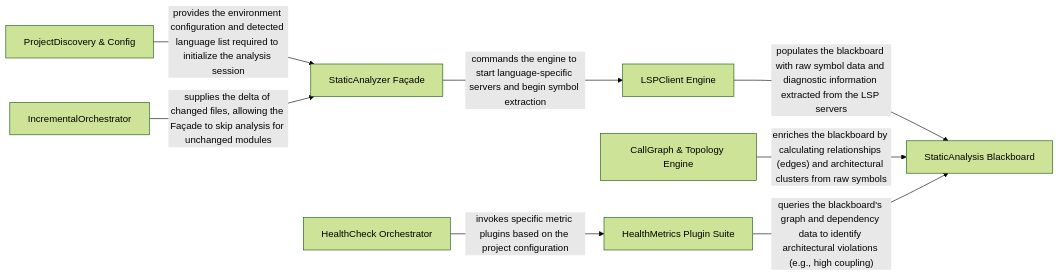
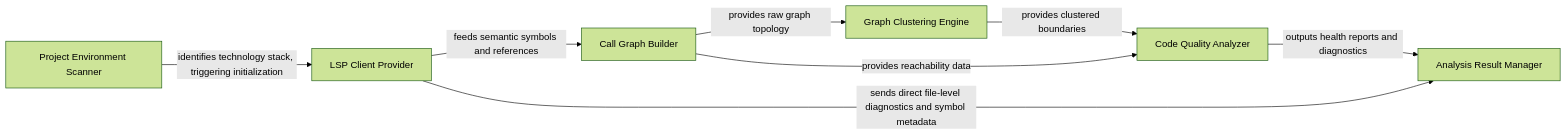
The diagram in .codeboarding/Static_Code_Analyzer.md (CodeBoarding/CodeBoarding), drawn with Mermaid (forest theme) before and after one commit. The commit also changed other lines of this file and 6 other files, not shown here.

````diff
--- a/.codeboarding/Static_Code_Analyzer.md
+++ b/.codeboarding/Static_Code_Analyzer.md
@@ -1,18 +1,16 @@
 ```mermaid
 graph LR
-    StaticAnalyzer_Façade["StaticAnalyzer Façade"]
-    LSPClient_Engine["LSPClient Engine"]
-    ProjectDiscovery_Config["ProjectDiscovery & Config"]
-    IncrementalOrchestrator["IncrementalOrchestrator"]
-    CallGraph_Topology_Engine["CallGraph & Topology Engine"]
-    StaticAnalysis_Blackboard["StaticAnalysis Blackboard"]
-    HealthCheck_Orchestrator["HealthCheck Orchestrator"]
-    HealthMetrics_Plugin_Suite["HealthMetrics Plugin Suite"]
-    ProjectDiscovery_Config -- "provides the environment configuration and detected language list required to initialize the analysis session" --> StaticAnalyzer_Façade
-    IncrementalOrchestrator -- "supplies the delta of changed files, allowing the Façade to skip analysis for unchanged modules" --> StaticAnalyzer_Façade
-    StaticAnalyzer_Façade -- "commands the engine to start language-specific servers and begin symbol extraction" --> LSPClient_Engine
-    LSPClient_Engine -- "populates the blackboard with raw symbol data and diagnostic information extracted from the LSP servers" --> StaticAnalysis_Blackboard
-    CallGraph_Topology_Engine -- "enriches the blackboard by calculating relationships (edges) and architectural clusters from raw symbols" --> StaticAnalysis_Blackboard
-    HealthCheck_Orchestrator -- "invokes specific metric plugins based on the project configuration" --> HealthMetrics_Plugin_Suite
-    HealthMetrics_Plugin_Suite -- "queries the blackboard's graph and dependency data to identify architectural violations (e.g., high coupling)" --> StaticAnalysis_Blackboard
+    Project_Environment_Scanner["Project Environment Scanner"]
+    LSP_Client_Provider["LSP Client Provider"]
+    Call_Graph_Builder["Call Graph Builder"]
+    Graph_Clustering_Engine["Graph Clustering Engine"]
+    Code_Quality_Analyzer["Code Quality Analyzer"]
+    Analysis_Result_Manager["Analysis Result Manager"]
+    Project_Environment_Scanner -- "identifies technology stack, triggering initialization" --> LSP_Client_Provider
+    LSP_Client_Provider -- "feeds semantic symbols and references" --> Call_Graph_Builder
+    Call_Graph_Builder -- "provides raw graph topology" --> Graph_Clustering_Engine
+    Graph_Clustering_Engine -- "provides clustered boundaries" --> Code_Quality_Analyzer
+    Call_Graph_Builder -- "provides reachability data" --> Code_Quality_Analyzer
+    Code_Quality_Analyzer -- "outputs health reports and diagnostics" --> Analysis_Result_Manager
+    LSP_Client_Provider -- "sends direct file‑level diagnostics and symbol metadata" --> Analysis_Result_Manager
 ```
````
